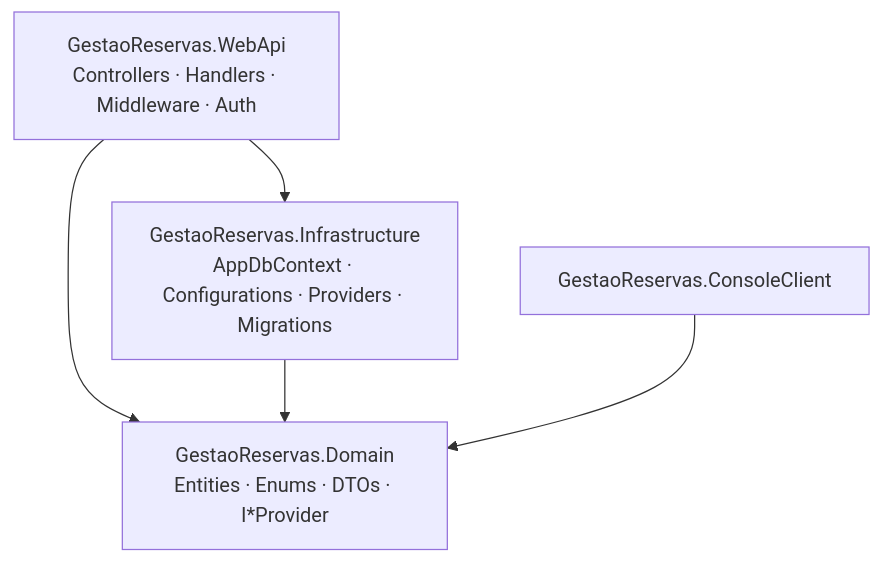
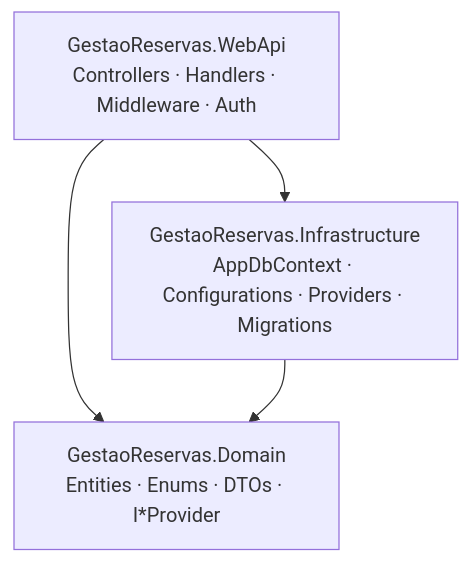
One commit to FDiasC/Implementacao-Software-UNISINOS changed the second of 4 diagrams in docs/arquitetura.md. Above: the diagram before and after it, drawn with Mermaid. The commit also changed other lines of this file and 54 other files, not shown here.

````diff
--- a/docs/arquitetura.md
+++ b/docs/arquitetura.md
@@ -40,12 +38,10 @@
 ```mermaid
 flowchart TB
     WebApi["GestaoReservas.WebApi<br/>Controllers · Handlers · Middleware · Auth"]
     Infra["GestaoReservas.Infrastructure<br/>AppDbContext · Configurations · Providers · Migrations"]
     Domain["GestaoReservas.Domain<br/>Entities · Enums · DTOs · I*Provider"]
-    Console["GestaoReservas.ConsoleClient"]
 
     WebApi --> Infra
     WebApi --> Domain
     Infra --> Domain
-    Console --> Domain
 ```
````
